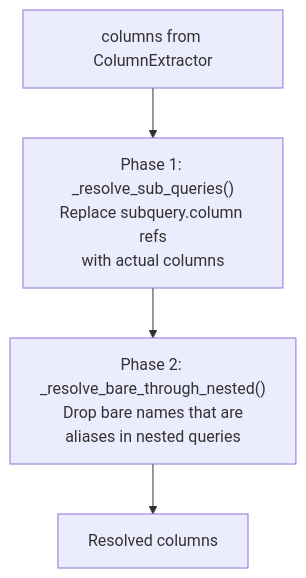
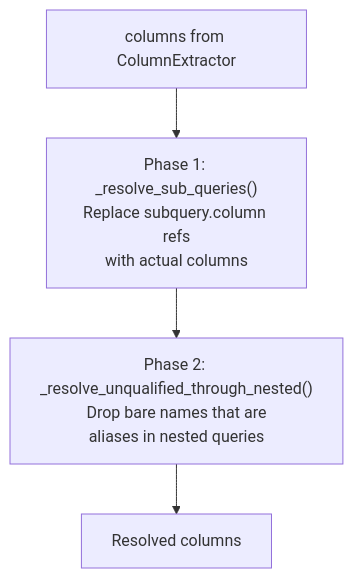
Before and after one commit to macbre/sql-metadata: the seventh of 9 diagrams in ARCHITECTURE.md, drawn with Mermaid. The commit also changed other lines of this file and 7 other files, not shown here.

````diff
--- a/ARCHITECTURE.md
+++ b/ARCHITECTURE.md
@@ -346,7 +348,7 @@
 ```mermaid
 flowchart TB
     INPUT["columns from ColumnExtractor"]
     INPUT --> P1["Phase 1: _resolve_sub_queries()\nReplace subquery.column refs\nwith actual columns"]
-    P1 --> P2["Phase 2: _resolve_bare_through_nested()\nDrop bare names that are\naliases in nested queries"]
+    P1 --> P2["Phase 2: _resolve_unqualified_through_nested()\nDrop bare names that are\naliases in nested queries"]
     P2 --> OUTPUT["Resolved columns"]
 ```
````
